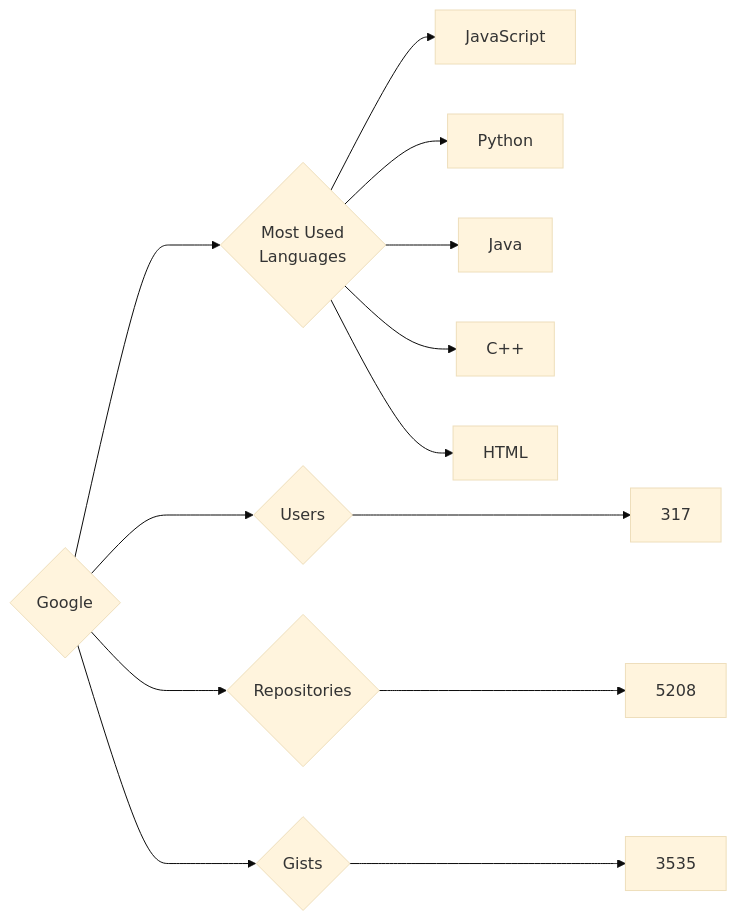
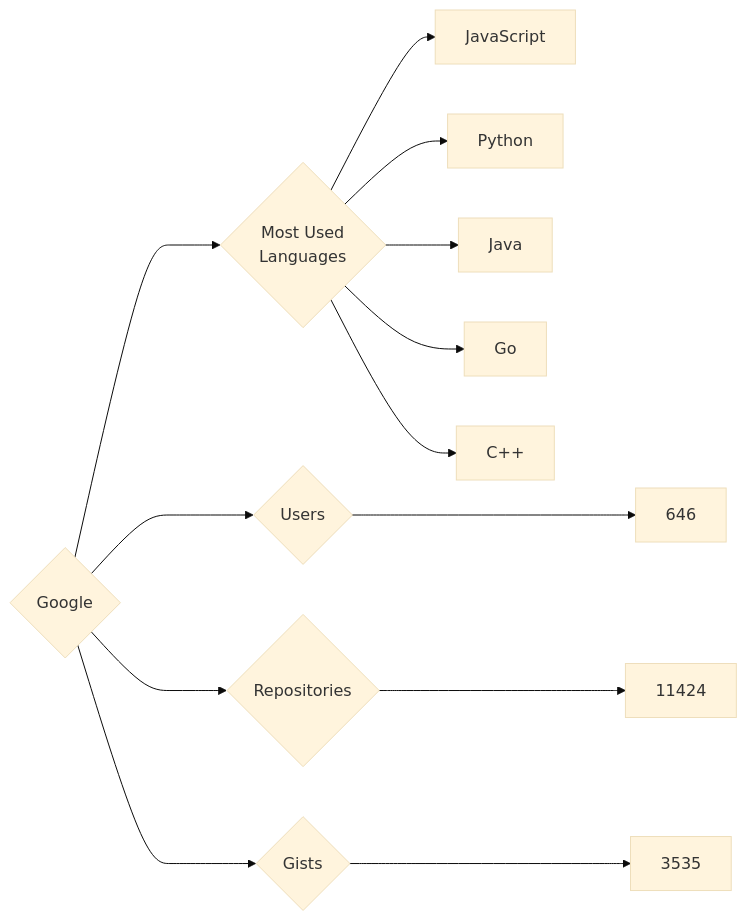
One commit to trickest/insiders changed the diagram in targets/Google/README.md. Above: the diagram before and after it, drawn with Mermaid (base theme). The commit also changed 874 other files, not shown here.

````diff
--- a/targets/Google/README.md
+++ b/targets/Google/README.md
@@ -3,13 +3,13 @@
 ```mermaid
 graph LR
 COMPANY_NAME{Google}
-COMPANY_NAME ---> U{Users} ---> UN[317]
-COMPANY_NAME ---> R{Repositories} ---> RN[5208]
+COMPANY_NAME ---> U{Users} ---> UN[646]
+COMPANY_NAME ---> R{Repositories} ---> RN[11424]
 COMPANY_NAME ---> G{Gists} ---> GN[3535]
 COMPANY_NAME ---> ML{Most Used<br>Languages}
 ML --> JavaScript[JavaScript]
 ML --> Python[Python]
 ML --> Java[Java]
+ML --> Go[Go]
 ML --> C++[C++]
-ML --> HTML[HTML]
 ```
````
